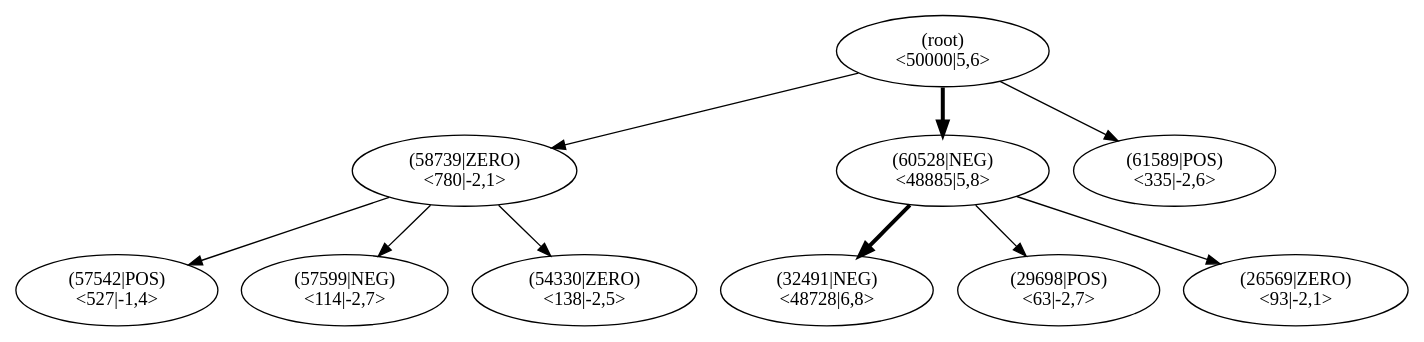
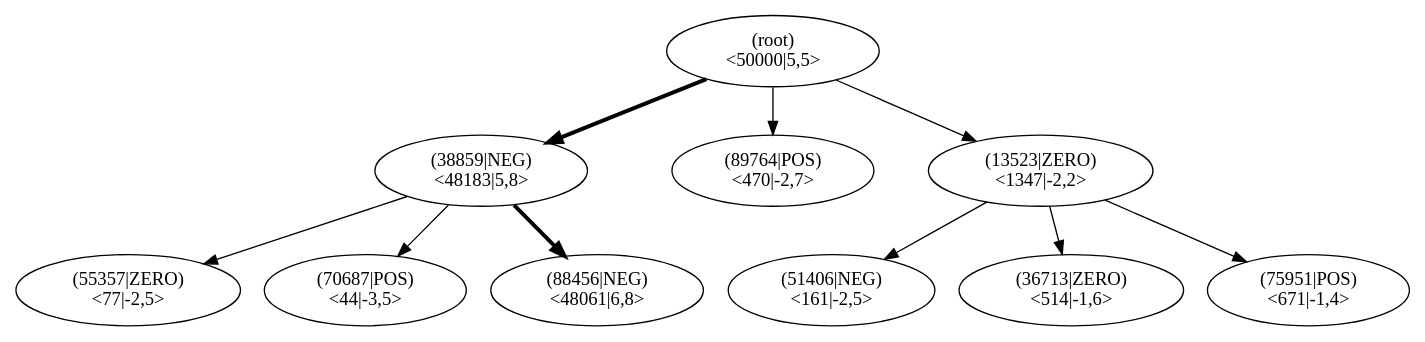
Before and after one commit to JonasHellgren/relexp-java: the diagram in pictures/ch13/lane_runner_mcts.dot, drawn with Graphviz. The commit also changed 5 other files, not shown here.

```diff
--- a/pictures/ch13/lane_runner_mcts.dot
+++ b/pictures/ch13/lane_runner_mcts.dot
@@ -1,32 +1,32 @@
 digraph MCTS {
 node [shape=ellipse];
 Nroot [label="(root)
-<50000|5,6>"];
-Nroot -> N58739[penwidth=1];
-N58739 [label="(58739|ZERO)
-<780|-2,1>"];
-N58739 -> N57542[penwidth=1];
-N57542 [label="(57542|POS)
-<527|-1,4>"];
-N58739 -> N57599[penwidth=1];
-N57599 [label="(57599|NEG)
-<114|-2,7>"];
-N58739 -> N54330[penwidth=1];
-N54330 [label="(54330|ZERO)
-<138|-2,5>"];
-Nroot -> N60528[penwidth=3];
-N60528 [label="(60528|NEG)
-<48885|5,8>"];
-N60528 -> N32491[penwidth=3];
-N32491 [label="(32491|NEG)
-<48728|6,8>"];
-N60528 -> N29698[penwidth=1];
-N29698 [label="(29698|POS)
-<63|-2,7>"];
-N60528 -> N26569[penwidth=1];
-N26569 [label="(26569|ZERO)
-<93|-2,1>"];
-Nroot -> N61589[penwidth=1];
-N61589 [label="(61589|POS)
-<335|-2,6>"];
+<50000|5,5>"];
+Nroot -> N38859[penwidth=3];
+N38859 [label="(38859|NEG)
+<48183|5,8>"];
+N38859 -> N55357[penwidth=1];
+N55357 [label="(55357|ZERO)
+<77|-2,5>"];
+N38859 -> N70687[penwidth=1];
+N70687 [label="(70687|POS)
+<44|-3,5>"];
+N38859 -> N88456[penwidth=3];
+N88456 [label="(88456|NEG)
+<48061|6,8>"];
+Nroot -> N89764[penwidth=1];
+N89764 [label="(89764|POS)
+<470|-2,7>"];
+Nroot -> N13523[penwidth=1];
+N13523 [label="(13523|ZERO)
+<1347|-2,2>"];
+N13523 -> N51406[penwidth=1];
+N51406 [label="(51406|NEG)
+<161|-2,5>"];
+N13523 -> N36713[penwidth=1];
+N36713 [label="(36713|ZERO)
+<514|-1,6>"];
+N13523 -> N75951[penwidth=1];
+N75951 [label="(75951|POS)
+<671|-1,4>"];
 }
```
